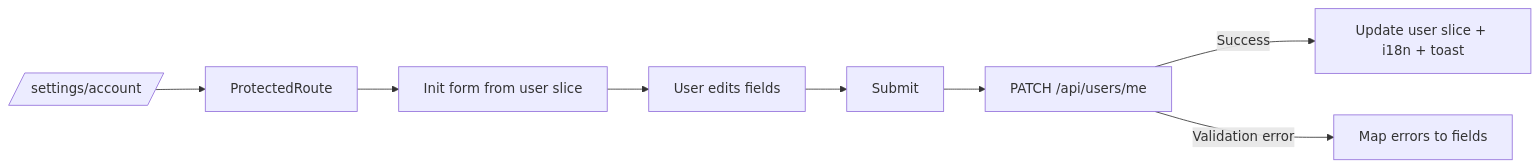
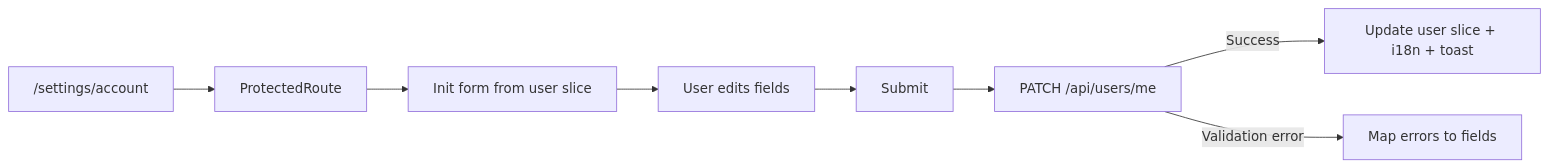
The sixth of 7 diagrams in buero-frontend/docs/frontend-flows.md (annnsvm/buero.de), drawn with Mermaid before and after one commit. The commit also changed other lines of this file and 8 other files, not shown here.

Commit message:
docs: fix mermide diagram view issues

````diff
--- a/buero-frontend/docs/frontend-flows.md
+++ b/buero-frontend/docs/frontend-flows.md
@@ -280,10 +280,10 @@
 ```mermaid
 flowchart LR
-  A[/settings/account/] --> B[ProtectedRoute]
+  A["/settings/account"] --> B[ProtectedRoute]
   B --> C[Init form from user slice]
   C --> D[User edits fields]
   D --> E[Submit]
   E --> F[PATCH /api/users/me]
   F -->|Success| G[Update user slice + i18n + toast]
   F -->|Validation error| H[Map errors to fields]
 ```
````
